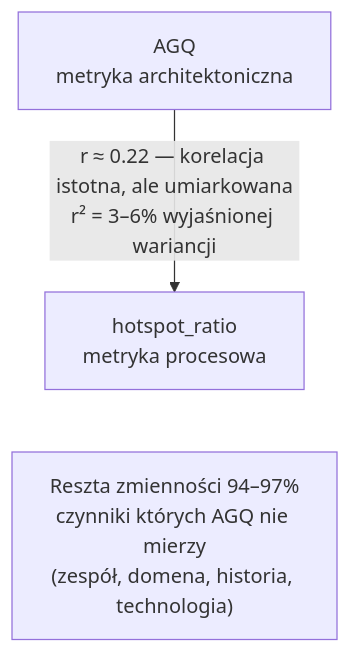
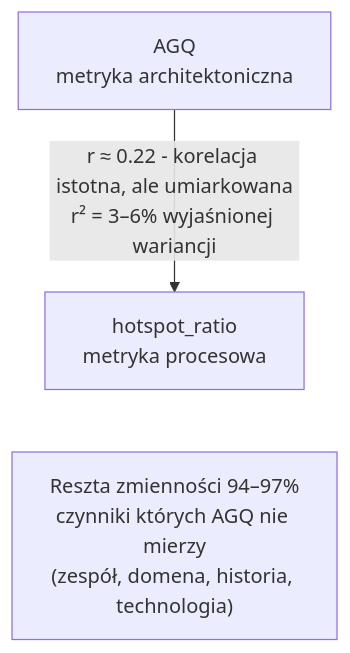
Before and after one commit to PiotrGry/qse-pkg: the sixth of 14 diagrams in artifacts/qse_podrecznik.md, drawn with Mermaid. The commit also changed other lines of this file and 46 other files, not shown here.

````diff
--- a/artifacts/qse_podrecznik.md
+++ b/artifacts/qse_podrecznik.md
@@ -699,8 +699,8 @@
 ```mermaid
 graph TD
     AGQ["AGQ\nmetryka architektoniczna"]
     hotspot["hotspot_ratio\nmetryka procesowa"]
     reszta["Reszta zmienności 94–97%\nczynniki których AGQ nie mierzy\n(zespół, domena, historia, technologia)"]
-    AGQ -->|"r ≈ 0.22 — korelacja istotna, ale umiarkowana\nr² = 3–6% wyjaśnionej wariancji"| hotspot
+    AGQ -->|"r ≈ 0.22 - korelacja istotna, ale umiarkowana\nr² = 3–6% wyjaśnionej wariancji"| hotspot
     hotspot ~~~ reszta
 ```
````
